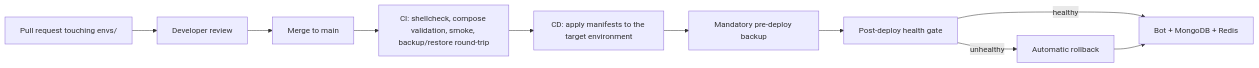
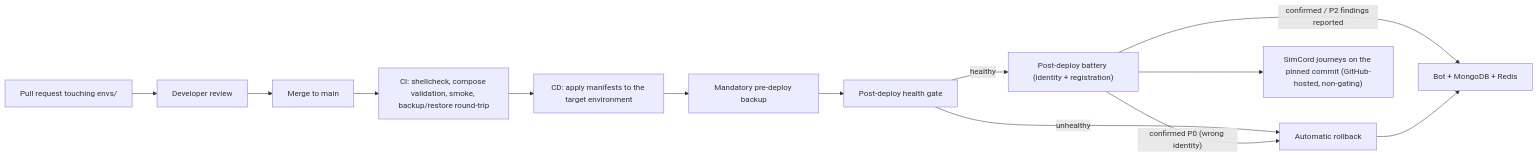
The diagram in docs/GITOPS.md (merlin-pinpin-org/kingdoms-infra), drawn with Mermaid before and after one commit. The commit also changed other lines of this file and 4 other files, not shown here.

Commit message:
feat(battery): post-deploy identity checks, command registration read-back and SimCord journeys at the pinned commit (#78)

````diff
--- a/docs/GITOPS.md
+++ b/docs/GITOPS.md
@@ -23,12 +28,15 @@
 ```mermaid
 flowchart LR
     PR["Pull request touching envs/"] --> REVIEW["Developer review"]
     REVIEW --> MERGE["Merge to main"]
     MERGE --> CI["CI: shellcheck, compose validation, smoke, backup/restore round-trip"]
     CI --> CD["CD: apply manifests to the target environment"]
     CD --> BACKUP["Mandatory pre-deploy backup"]
     BACKUP --> GATE["Post-deploy health gate"]
-    GATE -->|"healthy"| STACK["Bot + MongoDB + Redis"]
+    GATE -->|"healthy"| BATTERY["Post-deploy battery (identity + registration)"]
     GATE -->|"unhealthy"| ROLLBACK["Automatic rollback"]
+    BATTERY -->|"confirmed P0 (wrong identity)"| ROLLBACK
+    BATTERY -->|"confirmed / P2 findings reported"| STACK["Bot + MongoDB + Redis"]
+    BATTERY --> JOURNEYS["SimCord journeys on the pinned commit (GitHub-hosted, non-gating)"]
     ROLLBACK --> STACK
 ```
````
